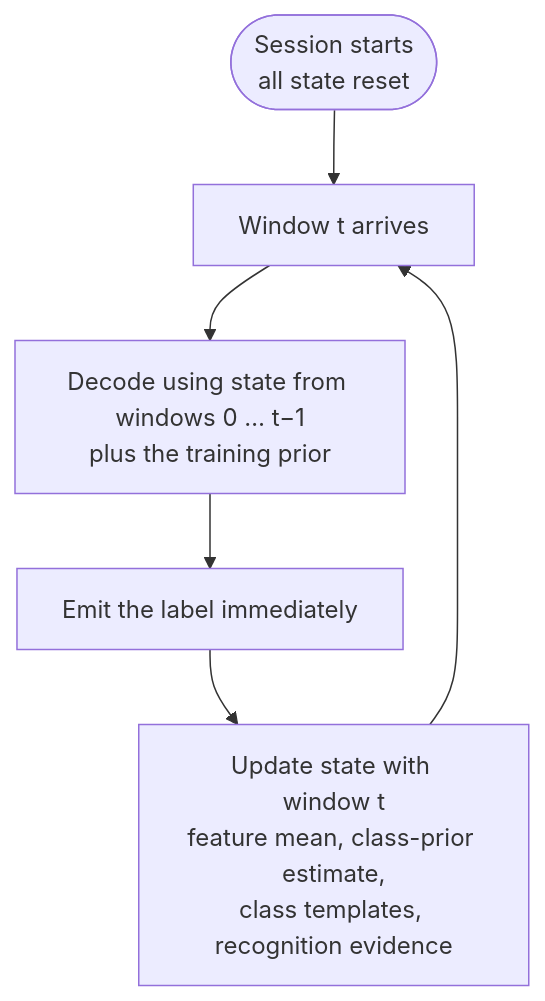
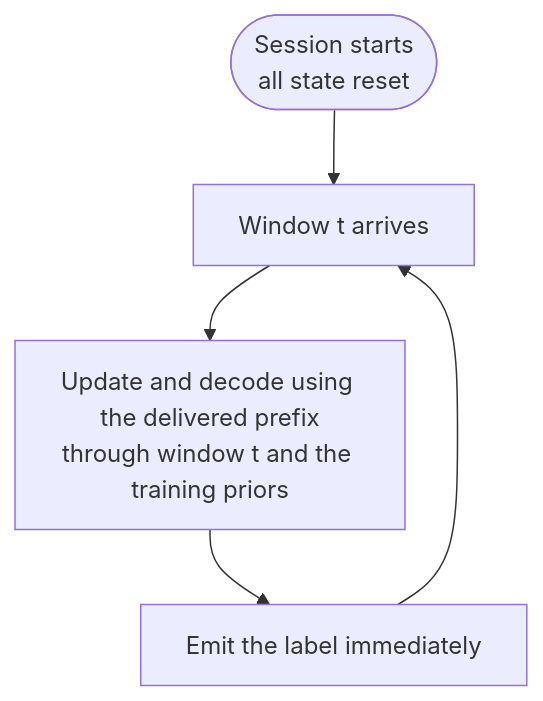
One commit to SebastianBoehler/neural-interfaces-2026 changed the second of 3 diagrams in README.md. Above: the diagram before and after it, drawn with Mermaid. The commit also changed other lines of this file and 376 other files, not shown here.

````diff
--- a/README.md
+++ b/README.md
@@ -55,8 +58,7 @@
 ```mermaid
 flowchart TB
     S(["Session starts<br/>all state reset"]) --> A["Window t arrives"]
-    A --> B["Decode using state from windows 0 … t−1<br/>plus the training prior"]
+    A --> B["Update and decode using the delivered prefix<br/>through window t and the training priors"]
     B --> C["Emit the label immediately"]
-    C --> D["Update state with window t<br/>feature mean, class-prior estimate,<br/>class templates, recognition evidence"]
-    D --> A
+    C --> A
 ```
````
